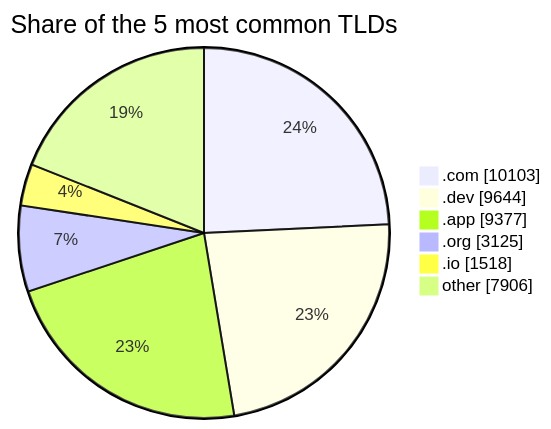
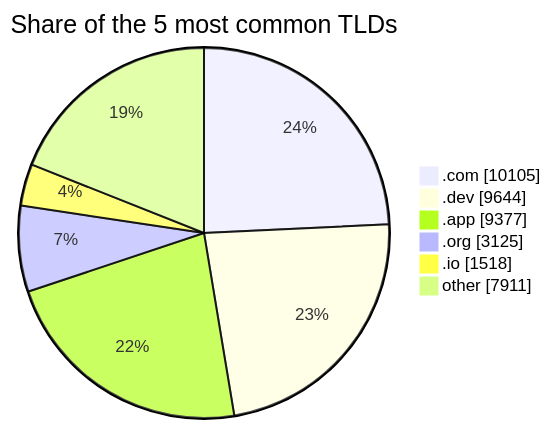
One commit to DNSBunker/CTI changed the third of 3 diagrams in README.md. Above: the diagram before and after it, drawn with Mermaid. The commit also changed other lines of this file and 3 other files, not shown here.

````diff
--- a/README.md
+++ b/README.md
@@ -81,9 +81,9 @@
 ```mermaid
 pie showData title Share of the 5 most common TLDs
-    ".com" : 10103
+    ".com" : 10105
     ".dev" : 9644
     ".app" : 9377
     ".org" : 3125
     ".io" : 1518
-    "other" : 7906
+    "other" : 7911
 ```
````
